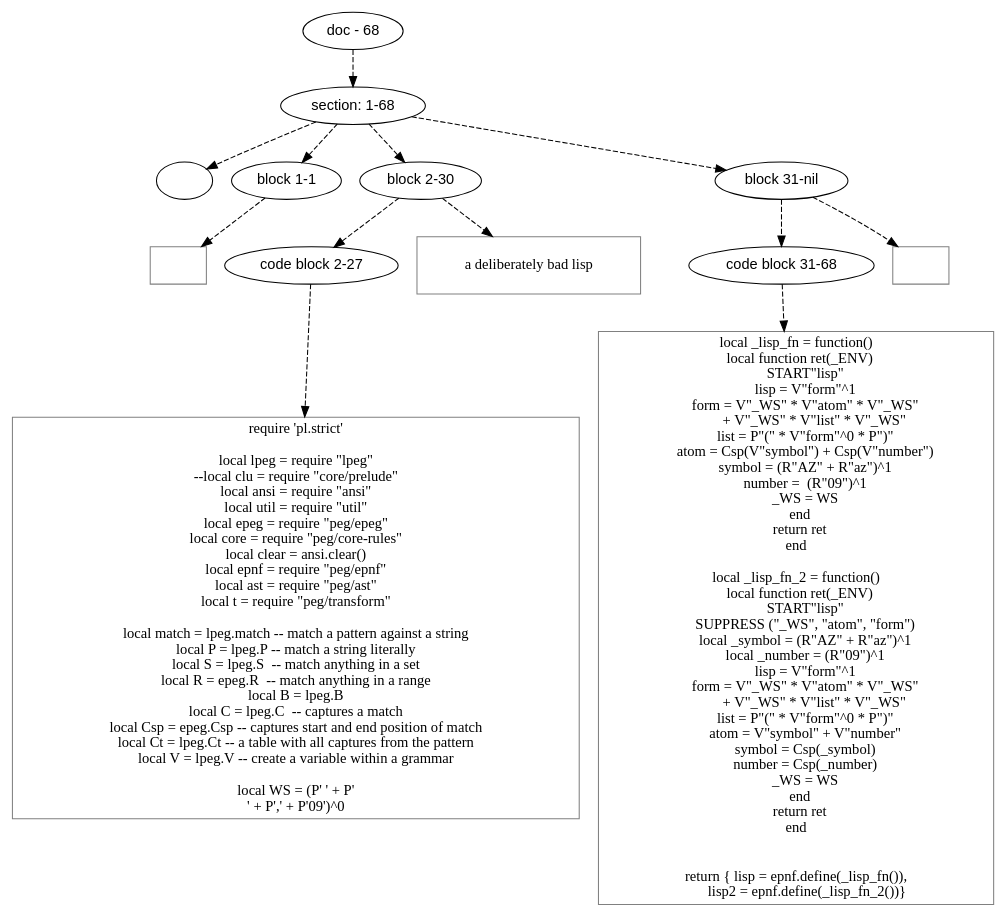
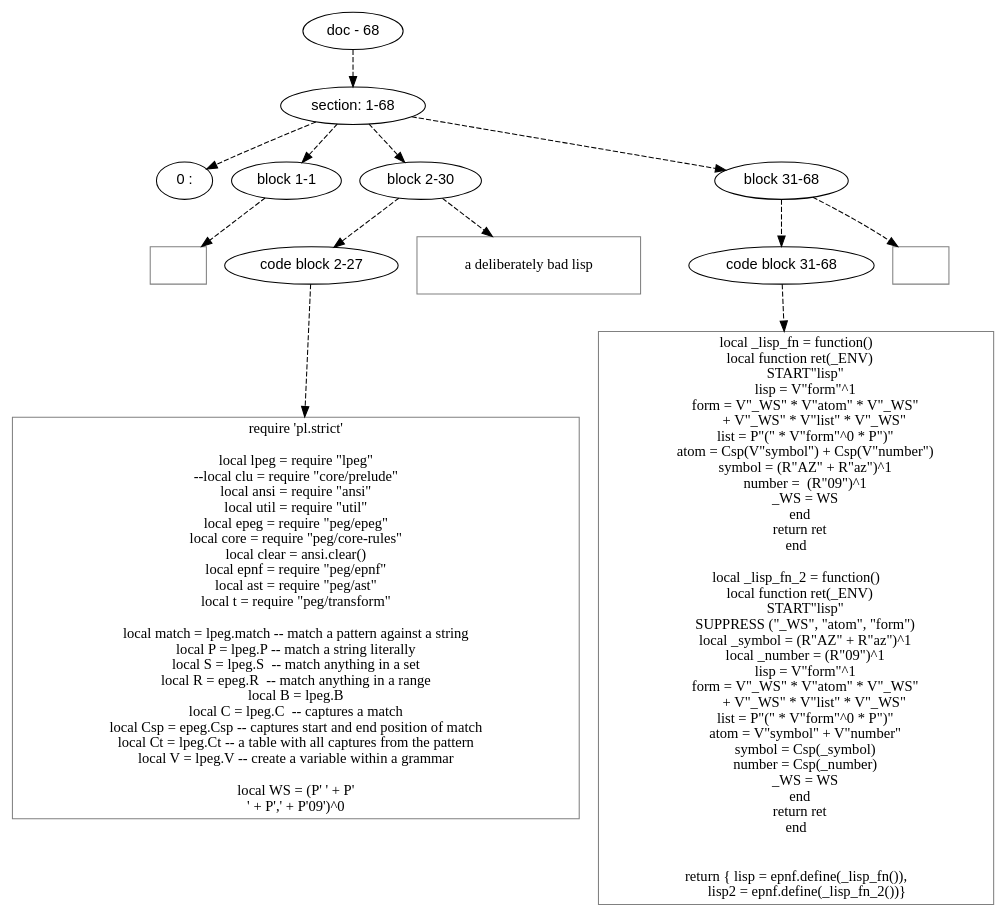
One commit to mnemnion/orb changed the diagram in doc/dot/peg/quines/lisp.dot. Above: the diagram before and after it, drawn with Graphviz. The commit also changed 80 other files, not shown here.

```diff
--- a/doc/dot/peg/quines/lisp.dot
+++ b/doc/dot/peg/quines/lisp.dot
@@ -1,106 +1,106 @@
 digraph hierarchy {
 
 node [fontname=Helvetica]
 edge [style=dashed]
 
 doc_0 [label="doc - 68"]
 
 doc_0 -> { section_1}
 {rank=same; section_1}
 
 section_1 [label="section: 1-68"]
 
 section_1 -> { header_2 block_3 block_4 block_5}
 {rank=same; header_2 block_3 block_4 block_5}
 
-header_2 [label=""]
+header_2 [label="0 : "]
 block_3 [label="block 1-1"]
 block_4 [label="block 2-30"]
-block_5 [label="block 31-nil"]
+block_5 [label="block 31-68"]
 
 
 block_3 -> leaf_6
 leaf_6  [color=Gray,shape=rectangle,fontname=Inconsolata,label=""]block_4 -> { codeblock_7}
 {rank=same; codeblock_7}
 
 codeblock_7 [label="code block 2-27"]
 
 
 codeblock_7 -> leaf_8
 leaf_8  [color=Gray,shape=rectangle,fontname=Inconsolata,label="require 'pl.strict'
 
 local lpeg = require \"lpeg\"
 --local clu = require \"core/prelude\"
 local ansi = require \"ansi\"
 local util = require \"util\"
 local epeg = require \"peg/epeg\"
 local core = require \"peg/core-rules\"
 local clear = ansi.clear()
 local epnf = require \"peg/epnf\"
 local ast = require \"peg/ast\"
 local t = require \"peg/transform\"
 
 local match = lpeg.match -- match a pattern against a string
 local P = lpeg.P -- match a string literally
 local S = lpeg.S  -- match anything in a set
 local R = epeg.R  -- match anything in a range
 local B = lpeg.B
 local C = lpeg.C  -- captures a match
 local Csp = epeg.Csp -- captures start and end position of match
 local Ct = lpeg.Ct -- a table with all captures from the pattern
 local V = lpeg.V -- create a variable within a grammar
 
 local WS = (P' ' + P'\n' + P',' + P'\09')^0
 "]
 block_4 -> leaf_9
 leaf_9  [color=Gray,shape=rectangle,fontname=Inconsolata,label="
  a deliberately bad lisp
 
 "]block_5 -> { codeblock_10}
 {rank=same; codeblock_10}
 
 codeblock_10 [label="code block 31-68"]
 
 
 codeblock_10 -> leaf_11
 leaf_11  [color=Gray,shape=rectangle,fontname=Inconsolata,label="local _lisp_fn = function() 
    local function ret(_ENV)
       START\"lisp\"
       lisp = V\"form\"^1
       form = V\"_WS\" * V\"atom\" * V\"_WS\" 
            + V\"_WS\" * V\"list\" * V\"_WS\"
       list = P\"(\" * V\"form\"^0 * P\")\"
       atom = Csp(V\"symbol\") + Csp(V\"number\")
       symbol = (R\"AZ\" + R\"az\")^1
       number =  (R\"09\")^1
       _WS = WS
    end
    return ret
 end
 
 local _lisp_fn_2 = function()
    local function ret(_ENV)
       START\"lisp\"
       SUPPRESS (\"_WS\", \"atom\", \"form\")
       local _symbol = (R\"AZ\" + R\"az\")^1
       local _number = (R\"09\")^1
       lisp = V\"form\"^1
       form = V\"_WS\" * V\"atom\" * V\"_WS\" 
            + V\"_WS\" * V\"list\" * V\"_WS\"
       list = P\"(\" * V\"form\"^0 * P\")\"
       atom = V\"symbol\" + V\"number\"
       symbol = Csp(_symbol)
       number = Csp(_number) 
       _WS = WS
    end
    return ret
 end
 
 
 return { lisp = epnf.define(_lisp_fn()),
        lisp2 = epnf.define(_lisp_fn_2())}
 "]
 block_5 -> leaf_12
 leaf_12  [color=Gray,shape=rectangle,fontname=Inconsolata,label="
 "]
 }
```
